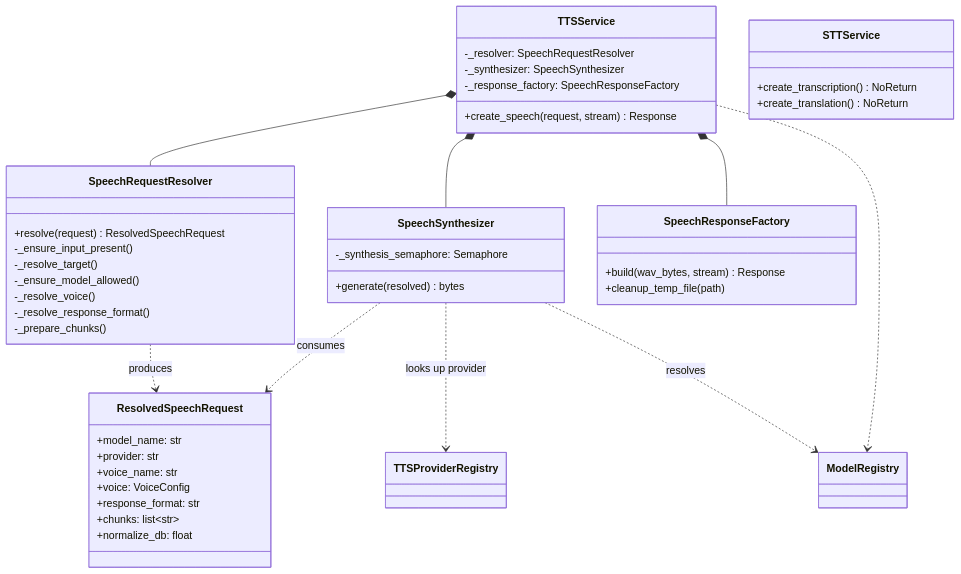
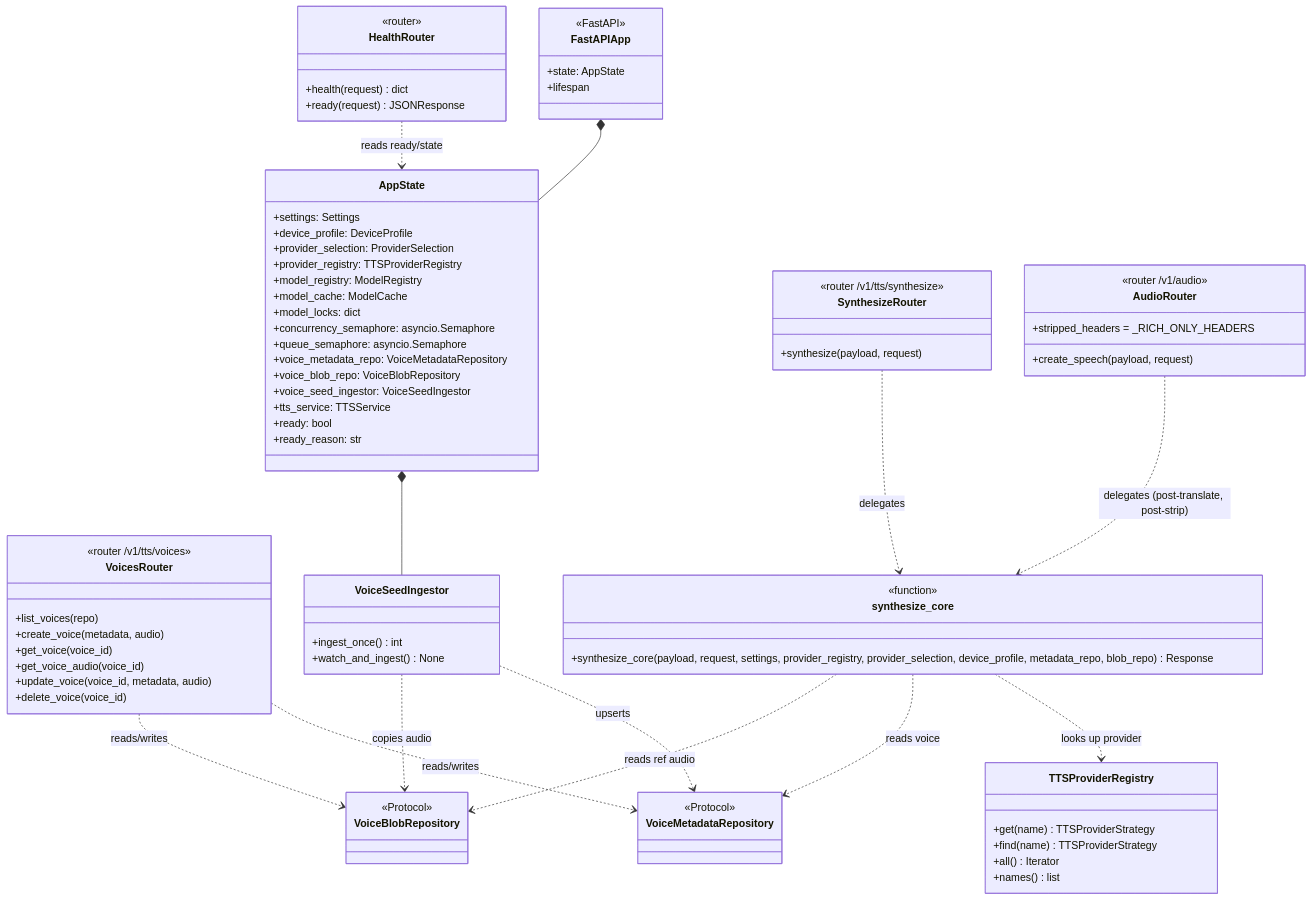
One commit to Antonio-Rinaldi/llm-tts-api changed the diagram in docs/diagrams/class/overview.md. Above: the diagram before and after it, drawn with Mermaid. The commit also changed other lines of this file and 12 other files, not shown here.

Commit message:
docs: S-019 refresh README + diagrams + OpenAPI + inventory test

````diff
--- a/docs/diagrams/class/overview.md
+++ b/docs/diagrams/class/overview.md
@@ -26,53 +23,91 @@
 ```mermaid
 classDiagram
-    class TTSService {
-        +create_speech(request, stream) Response
-        -_resolver: SpeechRequestResolver
-        -_synthesizer: SpeechSynthesizer
-        -_response_factory: SpeechResponseFactory
+    class FastAPIApp {
+        <<FastAPI>>
+        +state: AppState
+        +lifespan
     }
 
-    class SpeechRequestResolver {
-        +resolve(request) ResolvedSpeechRequest
-        -_ensure_input_present()
-        -_resolve_target()
-        -_ensure_model_allowed()
-        -_resolve_voice()
-        -_resolve_response_format()
-        -_prepare_chunks()
+    class AppState {
+        +settings: Settings
+        +device_profile: DeviceProfile
+        +provider_selection: ProviderSelection
+        +provider_registry: TTSProviderRegistry
+        +model_registry: ModelRegistry
+        +model_cache: ModelCache
+        +model_locks: dict
+        +concurrency_semaphore: asyncio.Semaphore
+        +queue_semaphore: asyncio.Semaphore
+        +voice_metadata_repo: VoiceMetadataRepository
+        +voice_blob_repo: VoiceBlobRepository
+        +voice_seed_ingestor: VoiceSeedIngestor
+        +tts_service: TTSService
+        +ready: bool
+        +ready_reason: str
     }
 
-    class SpeechSynthesizer {
-        -_synthesis_semaphore: Semaphore
-        +generate(resolved) bytes
+    class SynthesizeRouter {
+        <<router /v1/tts/synthesize>>
+        +synthesize(payload, request)
     }
 
-    class SpeechResponseFactory {
-        +build(wav_bytes, stream) Response
-        +cleanup_temp_file(path)
+    class AudioRouter {
+        <<router /v1/audio>>
+        +create_speech(payload, request)
+        +stripped_headers = _RICH_ONLY_HEADERS
     }
 
-    class ResolvedSpeechRequest {
-        +model_name: str
-        +provider: str
-        +voice_name: str
-        +voice: VoiceConfig
-        +response_format: str
-        +chunks: list~str~
-        +normalize_db: float
+    class VoicesRouter {
+        <<router /v1/tts/voices>>
+        +list_voices(repo)
+        +create_voice(metadata, audio)
+        +get_voice(voice_id)
+        +get_voice_audio(voice_id)
+        +update_voice(voice_id, metadata, audio)
+        +delete_voice(voice_id)
     }
 
-    class STTService {
-        +create_transcription() NoReturn
-        +create_translation() NoReturn
+    class HealthRouter {
+        <<router>>
+        +health(request) dict
+        +ready(request) JSONResponse
     }
 
-    TTSService *-- SpeechRequestResolver
-    TTSService *-- SpeechSynthesizer
-    TTSService *-- SpeechResponseFactory
-    SpeechRequestResolver ..> ResolvedSpeechRequest : produces
-    SpeechSynthesizer ..> ResolvedSpeechRequest : consumes
-    SpeechSynthesizer ..> TTSProviderRegistry : looks up provider
-    SpeechSynthesizer ..> ModelRegistry : resolves
-    TTSService ..> ModelRegistry
+    class synthesize_core {
+        <<function>>
+        +synthesize_core(payload, request, settings, provider_registry, provider_selection, device_profile, metadata_repo, blob_repo) Response
+    }
+
+    class TTSProviderRegistry {
+        +get(name) TTSProviderStrategy
+        +find(name) TTSProviderStrategy
+        +all() Iterator
+        +names() list
+    }
+
+    class VoiceMetadataRepository {
+        <<Protocol>>
+    }
+
+    class VoiceBlobRepository {
+        <<Protocol>>
+    }
+
+    class VoiceSeedIngestor {
+        +ingest_once() int
+        +watch_and_ingest() None
+    }
+
+    FastAPIApp *-- AppState
+    AppState *-- VoiceSeedIngestor
+    SynthesizeRouter ..> synthesize_core : delegates
+    AudioRouter ..> synthesize_core : delegates (post-translate, post-strip)
+    VoicesRouter ..> VoiceMetadataRepository : reads/writes
+    VoicesRouter ..> VoiceBlobRepository : reads/writes
+    synthesize_core ..> TTSProviderRegistry : looks up provider
+    synthesize_core ..> VoiceMetadataRepository : reads voice
+    synthesize_core ..> VoiceBlobRepository : reads ref audio
+    VoiceSeedIngestor ..> VoiceMetadataRepository : upserts
+    VoiceSeedIngestor ..> VoiceBlobRepository : copies audio
+    HealthRouter ..> AppState : reads ready/state
 ```
````
